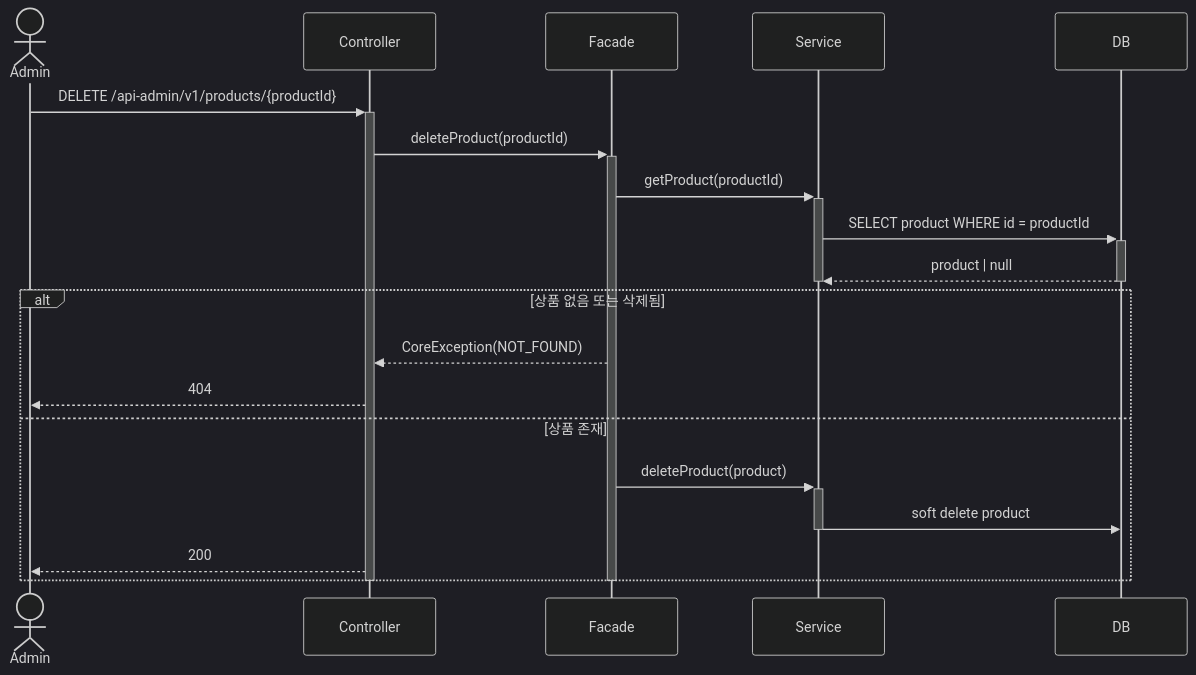
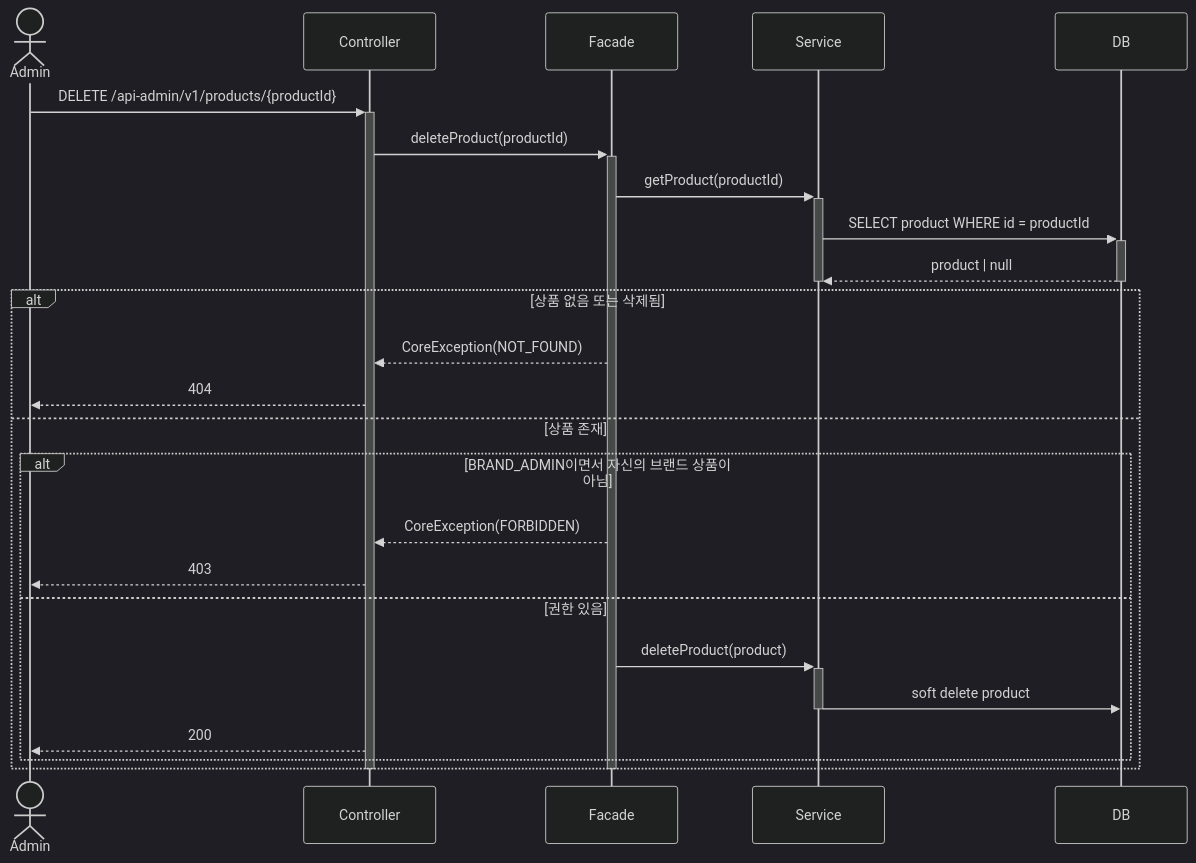
Diagram 19 of 21 in .docs/design/02-sequence-diagrams.md (loopers-labs/loop-pack-be-l2-vol4-java), drawn with Mermaid (dark theme) before and after one commit. The commit also changed other lines of this file and 3 other files, not shown here.

````diff
--- a/.docs/design/02-sequence-diagrams.md
+++ b/.docs/design/02-sequence-diagrams.md
@@ -563,27 +605,32 @@
 ```mermaid
 sequenceDiagram
     actor Admin
     participant Controller
     participant Facade
     participant Service
     participant DB
 
     Admin->>+Controller: DELETE /api-admin/v1/products/{productId}
     Controller->>+Facade: deleteProduct(productId)
     Facade->>+Service: getProduct(productId)
     Service->>+DB: SELECT product WHERE id = productId
     DB-->>-Service: product | null
     deactivate Service
 
     alt 상품 없음 또는 삭제됨
         Facade-->>Controller: CoreException(NOT_FOUND)
         Controller-->>Admin: 404
     else 상품 존재
-        Facade->>+Service: deleteProduct(product)
-        Service->>DB: soft delete product
-        deactivate Service
-        Controller-->>Admin: 200
+        alt BRAND_ADMIN이면서 자신의 브랜드 상품이 아님
+            Facade-->>Controller: CoreException(FORBIDDEN)
+            Controller-->>Admin: 403
+        else 권한 있음
+            Facade->>+Service: deleteProduct(product)
+            Service->>DB: soft delete product
+            deactivate Service
+            Controller-->>Admin: 200
+        end
     end
     deactivate Facade
     deactivate Controller
 ```
````
